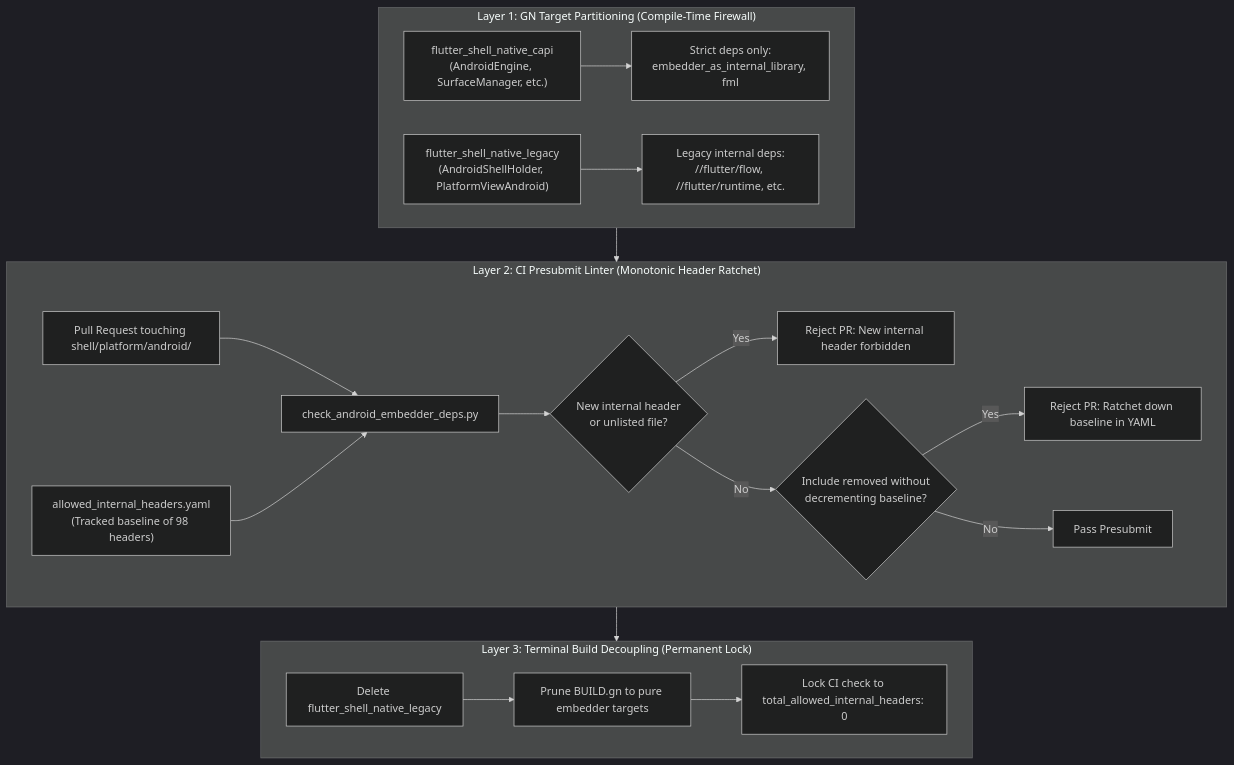
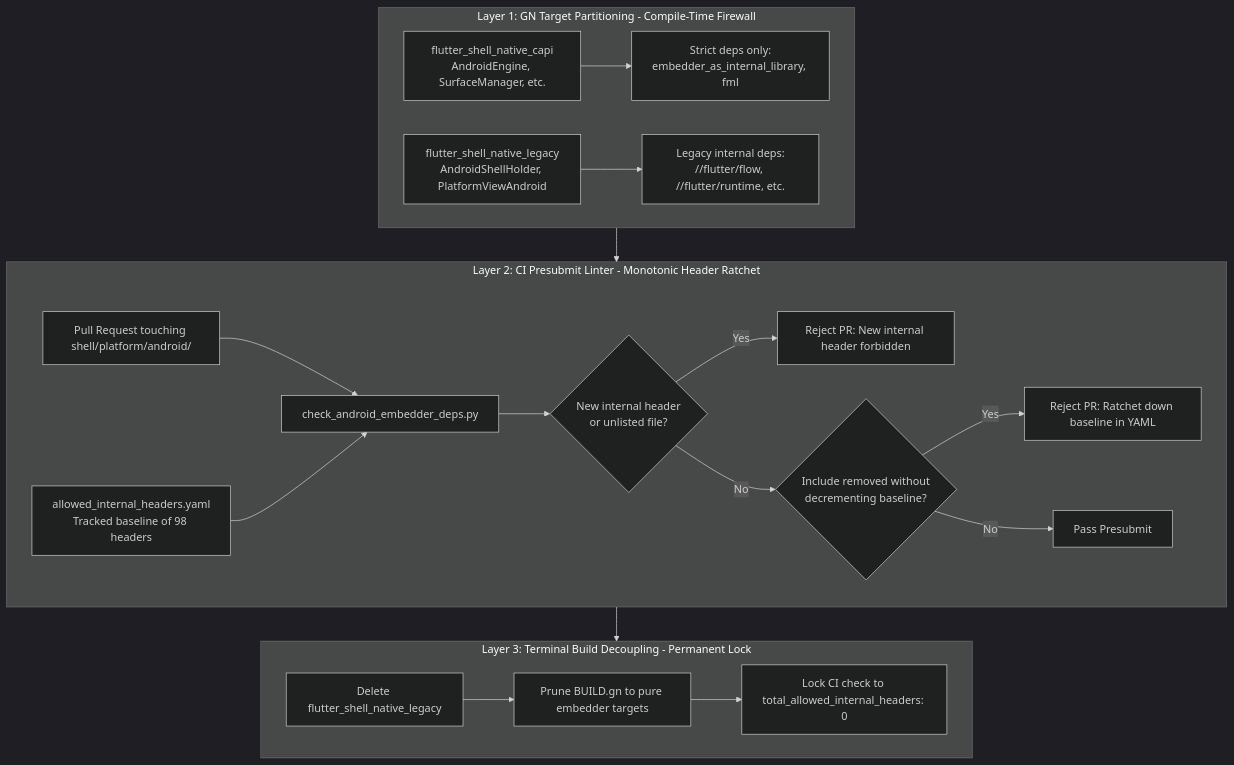
One commit to mboetger/rfc changed diagram 12 of 12 in rfc/410.0000-flutter-android-embedder-c-api-migration.md. Above: the diagram before and after it, drawn with Mermaid (dark theme). The commit also changed other lines of this file, not shown here.

Commit message:
docs(rfc): remove parentheses from mermaid diagrams to ensure robust rendering

````diff
--- a/rfc/410.0000-flutter-android-embedder-c-api-migration.md
+++ b/rfc/410.0000-flutter-android-embedder-c-api-migration.md
@@ -1641,41 +1641,41 @@
 ```mermaid
 flowchart TD
-    subgraph Layer1["Layer 1: GN Target Partitioning (Compile-Time Firewall)"]
-        NewCAPI["flutter_shell_native_capi<br/>(AndroidEngine, SurfaceManager, etc.)"]
+    subgraph Layer1["Layer 1: GN Target Partitioning - Compile-Time Firewall"]
+        NewCAPI["flutter_shell_native_capi<br/>AndroidEngine, SurfaceManager, etc."]
         StrictDeps["Strict deps only:<br/>embedder_as_internal_library, fml"]
-        LegacyTarget["flutter_shell_native_legacy<br/>(AndroidShellHolder, PlatformViewAndroid)"]
+        LegacyTarget["flutter_shell_native_legacy<br/>AndroidShellHolder, PlatformViewAndroid"]
         LegacyDeps["Legacy internal deps:<br/>//flutter/flow, //flutter/runtime, etc."]
         
         NewCAPI --> StrictDeps
         LegacyTarget --> LegacyDeps
     end
 
-    subgraph Layer2["Layer 2: CI Presubmit Linter (Monotonic Header Ratchet)"]
+    subgraph Layer2["Layer 2: CI Presubmit Linter - Monotonic Header Ratchet"]
         PR["Pull Request touching shell/platform/android/"]
         Script["check_android_embedder_deps.py"]
-        YAML["allowed_internal_headers.yaml<br/>(Tracked baseline of 98 headers)"]
+        YAML["allowed_internal_headers.yaml<br/>Tracked baseline of 98 headers"]
         Check1{"New internal header<br/>or unlisted file?"}
         Check2{"Include removed without<br/>decrementing baseline?"}
         Reject1["Reject PR: New internal header forbidden"]
         Reject2["Reject PR: Ratchet down baseline in YAML"]
         Accept["Pass Presubmit"]
 
         PR --> Script
         YAML --> Script
         Script --> Check1
         Check1 -- Yes --> Reject1
         Check1 -- No --> Check2
         Check2 -- Yes --> Reject2
         Check2 -- No --> Accept
     end
 
-    subgraph Layer3["Layer 3: Terminal Build Decoupling (Permanent Lock)"]
+    subgraph Layer3["Layer 3: Terminal Build Decoupling - Permanent Lock"]
         DeleteLegacy["Delete flutter_shell_native_legacy"]
         PruneDeps["Prune BUILD.gn to pure embedder targets"]
         ZeroTolerance["Lock CI check to total_allowed_internal_headers: 0"]
         
         DeleteLegacy --> PruneDeps --> ZeroTolerance
     end
 
     Layer1 --> Layer2 --> Layer3
 ```
````
